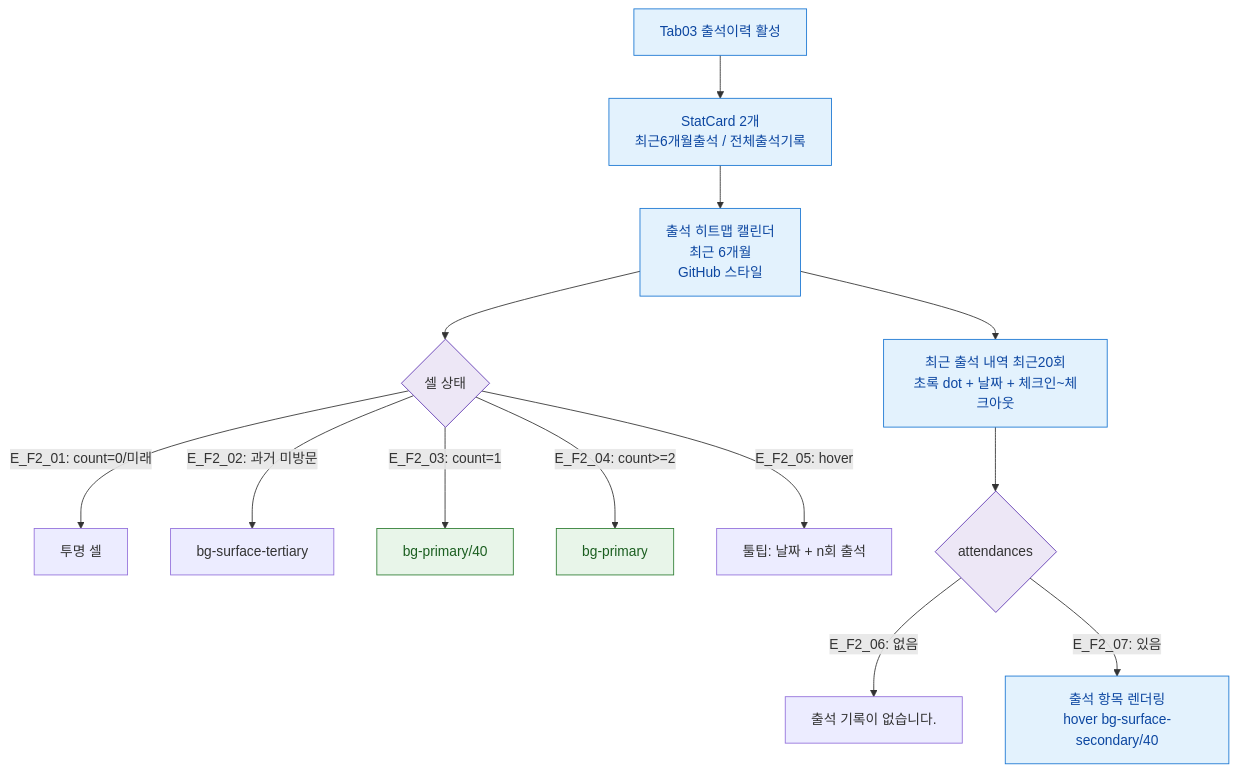
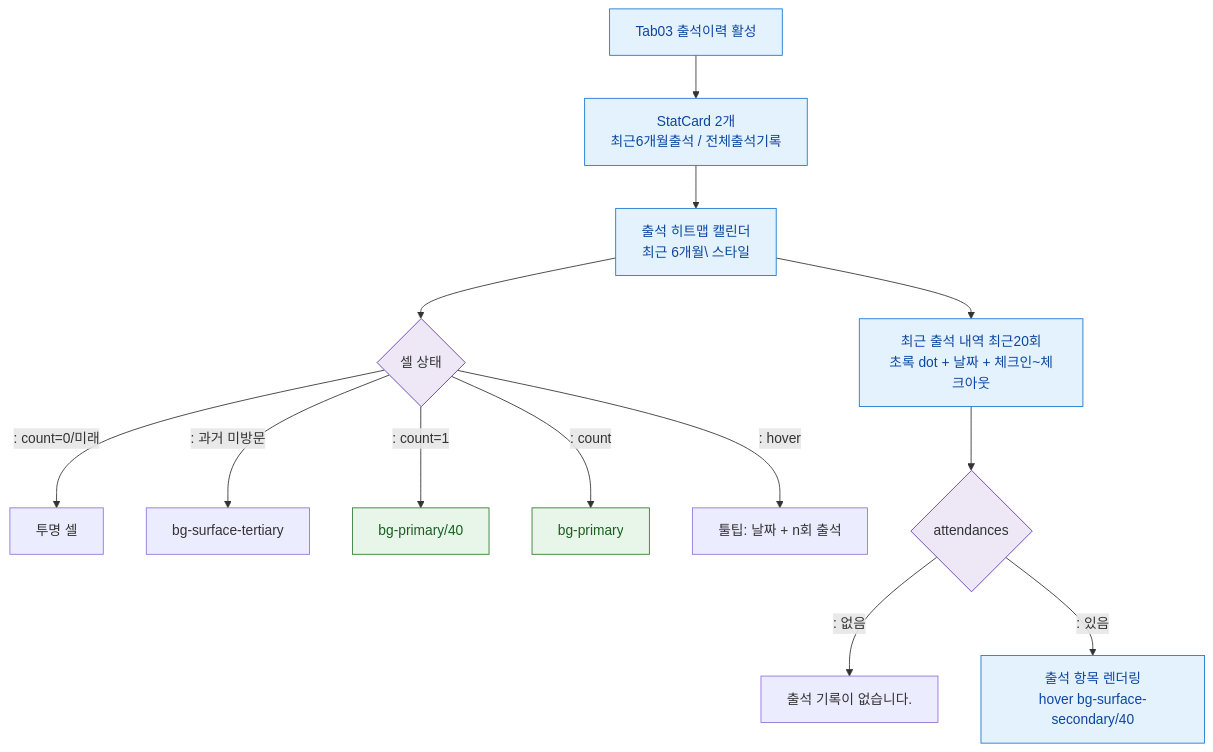
Before and after one commit to dev-spogym/admin-pando: the diagram in docs/다이어그램/D02_회원관리/SCR-M004_회원상세/Tab03_출석이력/F2_메인.md, drawn with Mermaid. The commit also changed other lines of this file and 1660 other files, not shown here.

First line of the commit message:
다이어그램: 기획자/클라이언트 납품본으로 정리

````diff
--- a/docs/다이어그램/D02_회원관리/SCR-M004_회원상세/Tab03_출석이력/F2_메인.md
+++ b/docs/다이어그램/D02_회원관리/SCR-M004_회원상세/Tab03_출석이력/F2_메인.md
@@ -22,26 +20,26 @@
 ```mermaid
 flowchart TD
   TAB[Tab03 출석이력 활성] --> STATS[StatCard 2개\n최근6개월출석 / 전체출석기록]
 
-  STATS --> HEATMAP[출석 히트맵 캘린더\n최근 6개월\nGitHub 스타일]
+  STATS --> HEATMAP[출석 히트맵 캘린더\n최근 6개월\ 스타일]
 
   HEATMAP --> CELL{셀 상태}
-  CELL -->|"E_F2_01: count=0/미래"| CELL_EMPTY[투명 셀]
-  CELL -->|"E_F2_02: 과거 미방문"| CELL_GRAY[bg-surface-tertiary]
-  CELL -->|"E_F2_03: count=1"| CELL_LIGHT[bg-primary/40]
-  CELL -->|"E_F2_04: count>=2"| CELL_FULL[bg-primary]
-  CELL -->|"E_F2_05: hover"| TOOLTIP[툴팁: 날짜 + n회 출석]
+  CELL -->|": count=0/미래"|CELL_EMPTY[투명 셀]
+  CELL -->|": 과거 미방문"|CELL_GRAY[bg-surface-tertiary]
+  CELL -->|": count=1"|CELL_LIGHT[bg-primary/40]
+  CELL -->|": count"|CELL_FULL[bg-primary]
+  CELL -->|": hover"|TOOLTIP[툴팁: 날짜 + n회 출석]
 
   HEATMAP --> LIST[최근 출석 내역 최근20회\n초록 dot + 날짜 + 체크인~체크아웃]
 
   LIST --> LIST_STATE{attendances}
-  LIST_STATE -->|"E_F2_06: 없음"| LIST_EMPTY[출석 기록이 없습니다.]
-  LIST_STATE -->|"E_F2_07: 있음"| LIST_ITEMS[출석 항목 렌더링\nhover bg-surface-secondary/40]
+  LIST_STATE -->|": 없음"|LIST_EMPTY[출석 기록이 없습니다.]
+  LIST_STATE -->|": 있음"|LIST_ITEMS[출석 항목 렌더링\nhover bg-surface-secondary/40]
 
   classDef screen fill:#E3F2FD,stroke:#1976D2,color:#0D47A1
   classDef system fill:#EDE7F6,stroke:#5E35B2
   classDef success fill:#E8F5E9,stroke:#2E7D32,color:#1B5E20
   class TAB,STATS,HEATMAP,LIST,LIST_ITEMS screen
   class CELL,LIST_STATE system
   class CELL_FULL,CELL_LIGHT success
 ```
````
